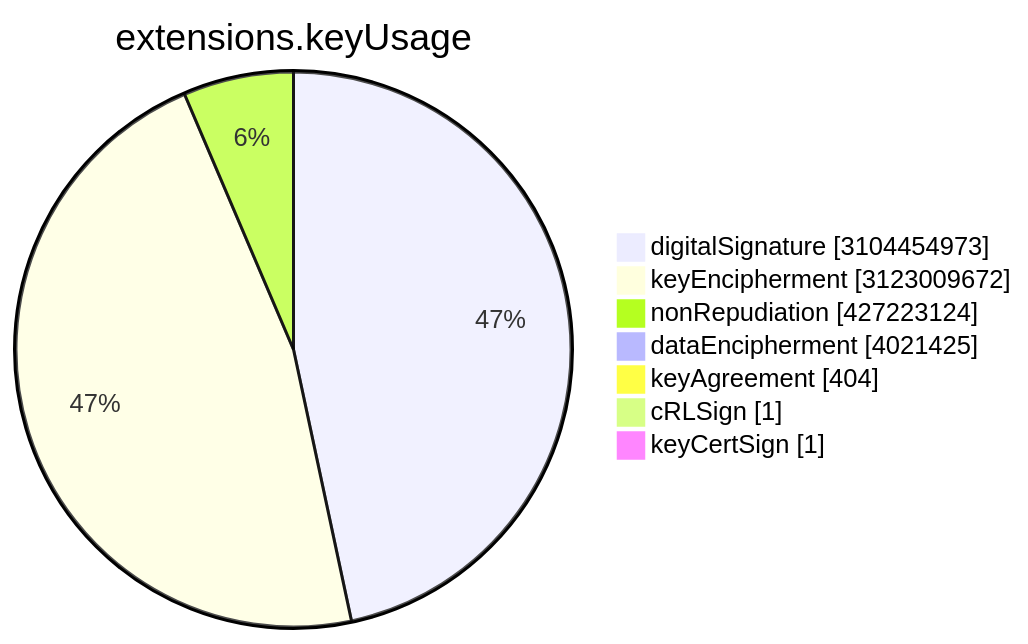
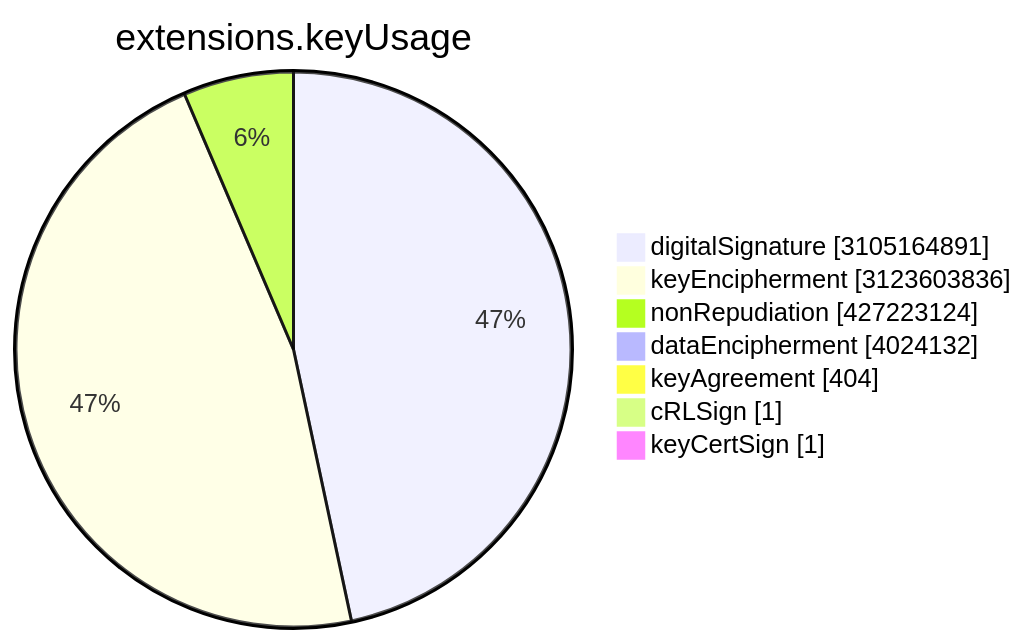
The sixth of 15 diagrams in TOTAL/README.md (christiankrug/ctmonitor_visualization), drawn with Mermaid before and after one commit. The commit also changed other lines of this file, not shown here.

````diff
--- a/TOTAL/README.md
+++ b/TOTAL/README.md
@@ -3077,11 +3077,11 @@
 ```mermaid
 pie showData
 title extensions.keyUsage
-"digitalSignature" :3104454973
-"keyEncipherment" :3123009672
+"digitalSignature" :3105164891
+"keyEncipherment" :3123603836
 "nonRepudiation" :427223124
-"dataEncipherment" :4021425
+"dataEncipherment" :4024132
 "keyAgreement" :404
 "cRLSign" :1
 "keyCertSign" :1
 ```
````
